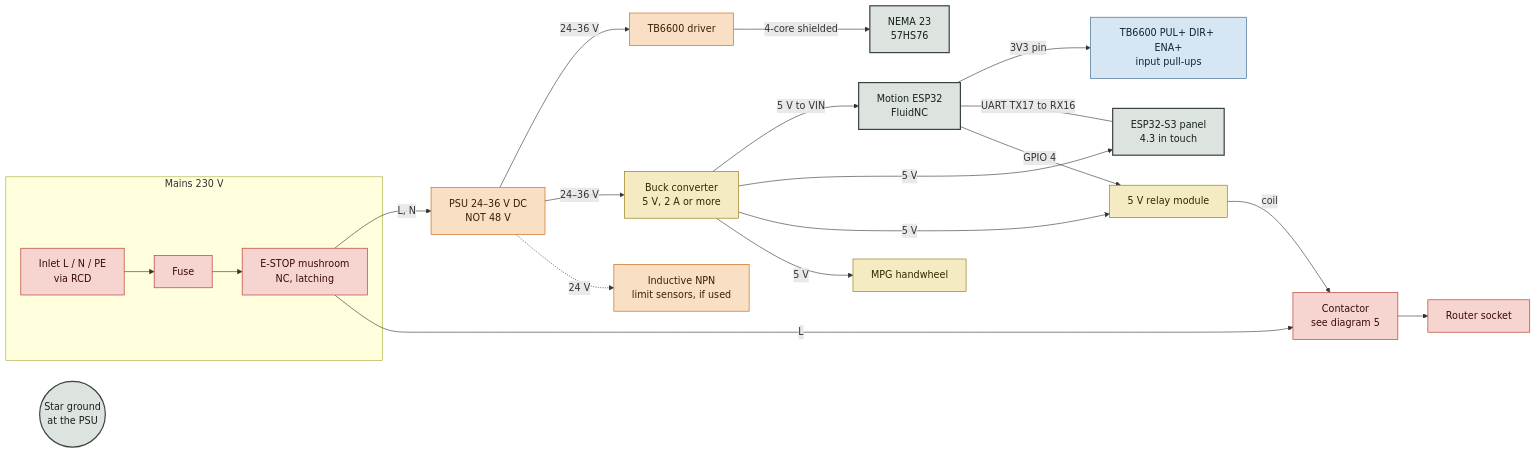
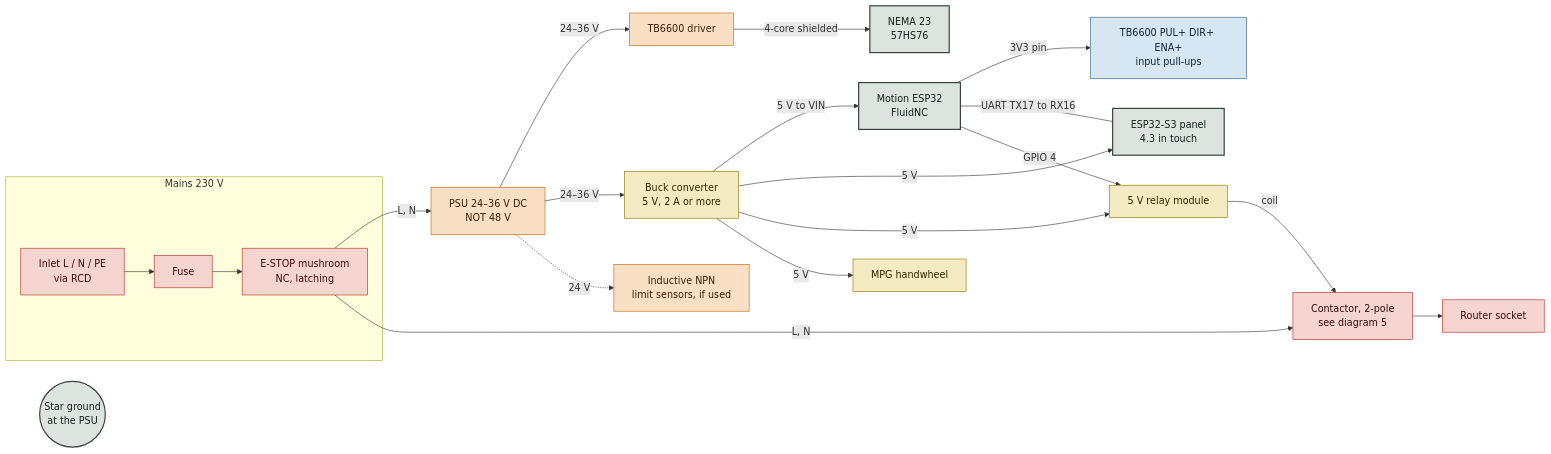
One commit to swissMack/routerLift changed the first of 6 diagrams in docs/WIRING-RevH.md. Above: the diagram before and after it, drawn with Mermaid. The commit also changed other lines of this file and 7 other files, not shown here.

````diff
--- a/docs/WIRING-RevH.md
+++ b/docs/WIRING-RevH.md
@@ -24,37 +24,37 @@
 ```mermaid
 flowchart LR
   classDef mains fill:#F6D5D1,stroke:#B3261E,color:#3A0B07
   classDef v24 fill:#F9E0C4,stroke:#C25E00,color:#3D1E00
   classDef v5 fill:#F5EBC2,stroke:#8C7000,color:#2F2500
   classDef v33 fill:#D6E6F2,stroke:#2C5F8A,color:#0E2436
   classDef board fill:#DDE4DF,stroke:#39433F,color:#15201B,stroke-width:2px
 
   subgraph MAINS["Mains 230 V"]
     INLET["Inlet L / N / PE<br/>via RCD"] --> FUSE["Fuse"] --> ESTOP["E-STOP mushroom<br/>NC, latching"]
   end
   ESTOP -->|"L, N"| PSU["PSU 24–36 V DC<br/>NOT 48 V"]
-  ESTOP -->|"L"| CONT["Contactor<br/>see diagram 5"]
+  ESTOP -->|"L, N"| CONT["Contactor, 2-pole<br/>see diagram 5"]
   CONT --> SOCKET["Router socket"]
 
   PSU -->|"24–36 V"| TB["TB6600 driver"]
   PSU -->|"24–36 V"| BUCK["Buck converter<br/>5 V, 2 A or more"]
   PSU -.->|"24 V"| IND["Inductive NPN<br/>limit sensors, if used"]
 
   BUCK -->|"5 V to VIN"| ESP["Motion ESP32<br/>FluidNC"]
   BUCK -->|"5 V"| HMI["ESP32-S3 panel<br/>4.3 in touch"]
   BUCK -->|"5 V"| RELAY["5 V relay module"]
   BUCK -->|"5 V"| MPG["MPG handwheel"]
 
   ESP -->|"3V3 pin"| COMMON["TB6600 PUL+ DIR+ ENA+<br/>input pull-ups"]
   ESP ---|"UART  TX17 to RX16"| HMI
   ESP -->|"GPIO 4"| RELAY
   RELAY -->|"coil"| CONT
   TB -->|"4-core shielded"| MOTOR["NEMA 23<br/>57HS76"]
   GND(("Star ground<br/>at the PSU"))
 
   class INLET,FUSE,ESTOP,CONT,SOCKET mains
   class PSU,TB,IND v24
   class BUCK,RELAY,MPG v5
   class COMMON v33
   class ESP,HMI,MOTOR,GND board
 ```
````
